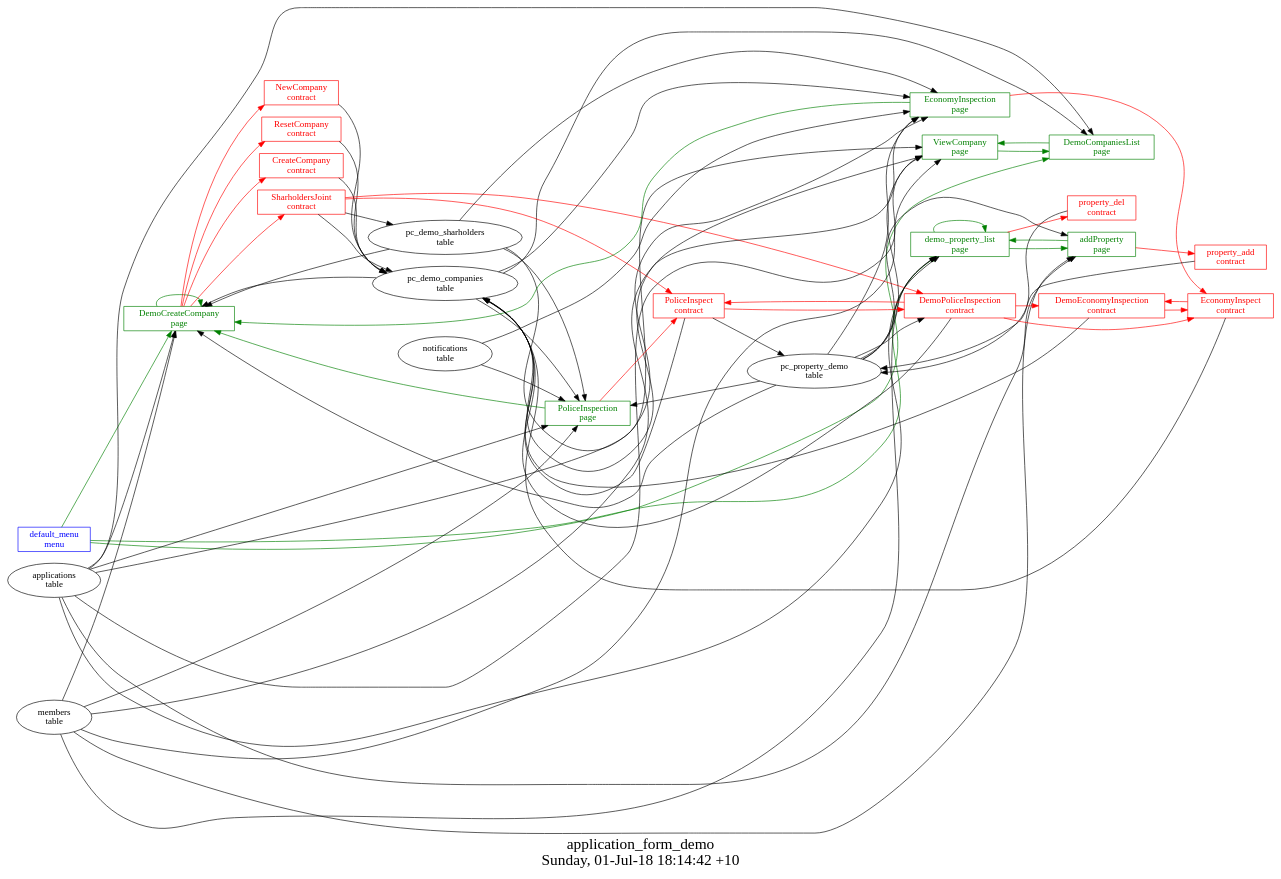
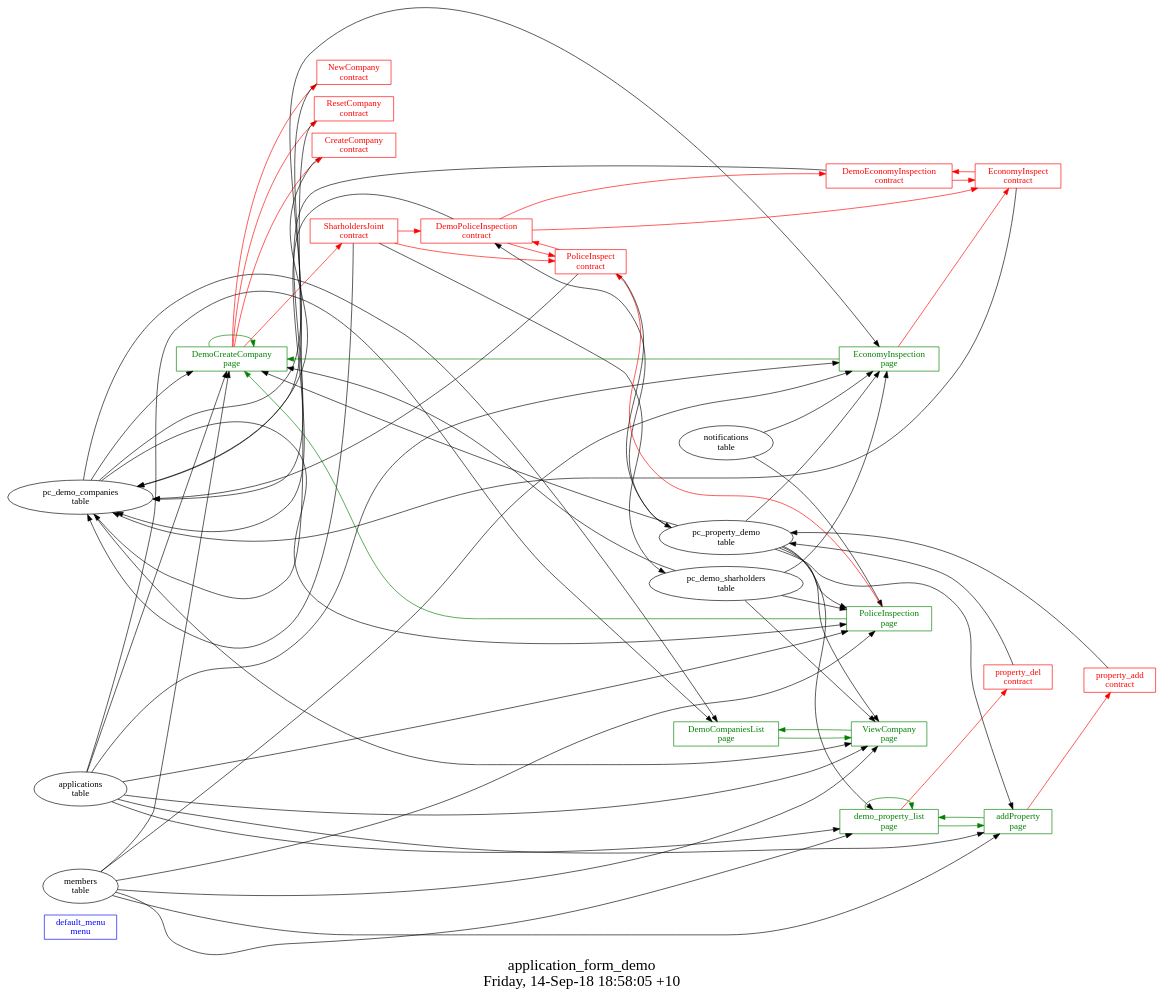
One commit to AplaProject/apps changed the diagram in quick-start-apps/application_form_demo/struct.dot. Above: the diagram before and after it, drawn with Graphviz. The commit also changed 11 other files, not shown here.

```diff
--- a/quick-start-apps/application_form_demo/struct.dot
+++ b/quick-start-apps/application_form_demo/struct.dot
@@ -1,99 +1,96 @@
 digraph G {
 fontsize="24";
-label="application_form_demo\nSunday, 01-Jul-18 18:14:42 +10";
+label="application_form_demo\nFriday, 14-Sep-18 18:58:05 +10";
 nojustify=true;
 ordering=out;
 rankdir=LR;
 size="30";
-"default_menu\nmenu" -> "DemoCreateCompany\npage"  [ color=green ]
-"default_menu\nmenu" -> "demo_property_list\npage"  [ color=green ]
-"default_menu\nmenu" -> "DemoCompaniesList\npage"  [ color=green ]
 "default_menu\nmenu" [color=blue, fontcolor=blue, group=menus, shape=record];
 "pc_demo_companies\ntable" -> "DemoCompaniesList\npage"
 "applications\ntable" -> "DemoCompaniesList\npage"
 "DemoCompaniesList\npage" -> "ViewCompany\npage"  [ color=green ]
 "DemoCompaniesList\npage" [color=green, fontcolor=green, group=pages, shape=record];
 "DemoCreateCompany\npage" -> "NewCompany\ncontract"  [ color=red ]
 "DemoCreateCompany\npage" -> "ResetCompany\ncontract"  [ color=red ]
 "DemoCreateCompany\npage" -> "CreateCompany\ncontract"  [ color=red ]
 "DemoCreateCompany\npage" -> "SharholdersJoint\ncontract"  [ color=red ]
 "applications\ntable" -> "DemoCreateCompany\npage"
 "pc_demo_companies\ntable" -> "DemoCreateCompany\npage"
 "members\ntable" -> "DemoCreateCompany\npage"
 "pc_demo_sharholders\ntable" -> "DemoCreateCompany\npage"
 "pc_property_demo\ntable" -> "DemoCreateCompany\npage"
 "DemoCreateCompany\npage" -> "DemoCreateCompany\npage"  [ color=green ]
 "DemoCreateCompany\npage" [color=green, fontcolor=green, group=pages, shape=record];
 "EconomyInspection\npage" -> "EconomyInspect\ncontract"  [ color=red ]
 "notifications\ntable" -> "EconomyInspection\npage"
 "pc_demo_companies\ntable" -> "EconomyInspection\npage"
 "pc_property_demo\ntable" -> "EconomyInspection\npage"
 "applications\ntable" -> "EconomyInspection\npage"
 "pc_demo_sharholders\ntable" -> "EconomyInspection\npage"
 "members\ntable" -> "EconomyInspection\npage"
 "EconomyInspection\npage" -> "DemoCreateCompany\npage"  [ color=green ]
 "EconomyInspection\npage" [color=green, fontcolor=green, group=pages, shape=record];
 "PoliceInspection\npage" -> "PoliceInspect\ncontract"  [ color=red ]
 "notifications\ntable" -> "PoliceInspection\npage"
 "pc_demo_companies\ntable" -> "PoliceInspection\npage"
 "pc_property_demo\ntable" -> "PoliceInspection\npage"
 "applications\ntable" -> "PoliceInspection\npage"
 "pc_demo_sharholders\ntable" -> "PoliceInspection\npage"
 "members\ntable" -> "PoliceInspection\npage"
 "PoliceInspection\npage" -> "DemoCreateCompany\npage"  [ color=green ]
 "PoliceInspection\npage" [color=green, fontcolor=green, group=pages, shape=record];
 "pc_demo_companies\ntable" -> "ViewCompany\npage"
 "pc_property_demo\ntable" -> "ViewCompany\npage"
 "applications\ntable" -> "ViewCompany\npage"
 "pc_demo_sharholders\ntable" -> "ViewCompany\npage"
 "members\ntable" -> "ViewCompany\npage"
 "ViewCompany\npage" -> "DemoCompaniesList\npage"  [ color=green ]
 "ViewCompany\npage" [color=green, fontcolor=green, group=pages, shape=record];
 "addProperty\npage" -> "property_add\ncontract"  [ color=red ]
 "applications\ntable" -> "addProperty\npage"
 "pc_property_demo\ntable" -> "addProperty\npage"
 "members\ntable" -> "addProperty\npage"
 "addProperty\npage" -> "demo_property_list\npage"  [ color=green ]
 "addProperty\npage" [color=green, fontcolor=green, group=pages, shape=record];
 "demo_property_list\npage" -> "property_del\ncontract"  [ color=red ]
 "pc_property_demo\ntable" -> "demo_property_list\npage"
 "applications\ntable" -> "demo_property_list\npage"
 "members\ntable" -> "demo_property_list\npage"
 "demo_property_list\npage" -> "demo_property_list\npage"  [ color=green ]
 "demo_property_list\npage" -> "addProperty\npage"  [ color=green ]
 "demo_property_list\npage" [color=green, fontcolor=green, group=pages, shape=record];
 "CreateCompany\ncontract" -> "pc_demo_companies\ntable"  [ color="" ]
 "CreateCompany\ncontract" [color=red, fontcolor=red, group=contracts, shape=record];
 "DemoEconomyInspection\ncontract" -> "EconomyInspect\ncontract"  [ color=red ]
 "DemoEconomyInspection\ncontract" -> "pc_demo_companies\ntable"  [ color="" ]
 "DemoEconomyInspection\ncontract" [color=red, fontcolor=red, group=contracts, shape=record];
 "DemoPoliceInspection\ncontract" -> "DemoEconomyInspection\ncontract"  [ color=red ]
 "DemoPoliceInspection\ncontract" -> "EconomyInspect\ncontract"  [ color=red ]
 "DemoPoliceInspection\ncontract" -> "PoliceInspect\ncontract"  [ color=red ]
 "DemoPoliceInspection\ncontract" -> "pc_demo_companies\ntable"  [ color="" ]
 "pc_property_demo\ntable" -> "DemoPoliceInspection\ncontract"
 "DemoPoliceInspection\ncontract" [color=red, fontcolor=red, group=contracts, shape=record];
 "EconomyInspect\ncontract" -> "DemoEconomyInspection\ncontract"  [ color=red ]
 "EconomyInspect\ncontract" -> "pc_demo_companies\ntable"  [ color="" ]
 "EconomyInspect\ncontract" [color=red, fontcolor=red, group=contracts, shape=record];
 "NewCompany\ncontract" -> "pc_demo_companies\ntable"  [ color="" ]
 "NewCompany\ncontract" [color=red, fontcolor=red, group=contracts, shape=record];
 "PoliceInspect\ncontract" -> "DemoPoliceInspection\ncontract"  [ color=red ]
 "PoliceInspect\ncontract" -> "pc_demo_companies\ntable"  [ color="" ]
 "PoliceInspect\ncontract" -> "pc_property_demo\ntable"  [ color="" ]
 "PoliceInspect\ncontract" [color=red, fontcolor=red, group=contracts, shape=record];
 "ResetCompany\ncontract" -> "pc_demo_companies\ntable"  [ color="" ]
 "ResetCompany\ncontract" [color=red, fontcolor=red, group=contracts, shape=record];
 "SharholdersJoint\ncontract" -> "DemoPoliceInspection\ncontract"  [ color=red ]
 "SharholdersJoint\ncontract" -> "PoliceInspect\ncontract"  [ color=red ]
 "SharholdersJoint\ncontract" -> "pc_demo_sharholders\ntable"  [ color="" ]
 "SharholdersJoint\ncontract" -> "pc_demo_companies\ntable"  [ color="" ]
 "SharholdersJoint\ncontract" [color=red, fontcolor=red, group=contracts, shape=record];
 "property_add\ncontract" -> "pc_property_demo\ntable"  [ color="" ]
 "property_add\ncontract" [color=red, fontcolor=red, group=contracts, shape=record];
 "property_del\ncontract" -> "pc_property_demo\ntable"  [ color="" ]
 "property_del\ncontract" [color=red, fontcolor=red, group=contracts, shape=record];
 "pc_demo_companies\ntable" [color="", fontcolor="", group=tables, shape=""];
 "pc_demo_sharholders\ntable" [color="", fontcolor="", group=tables, shape=""];
 "pc_property_demo\ntable" [color="", fontcolor="", group=tables, shape=""];
 }
```
